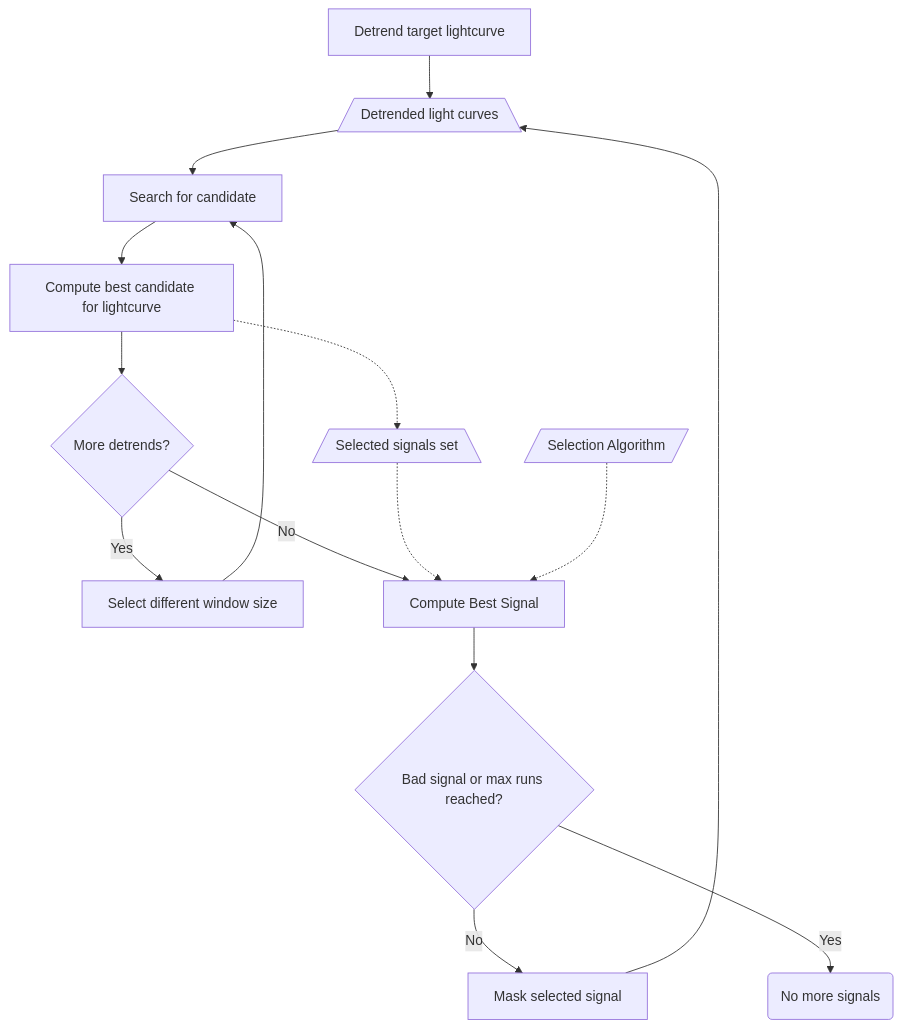
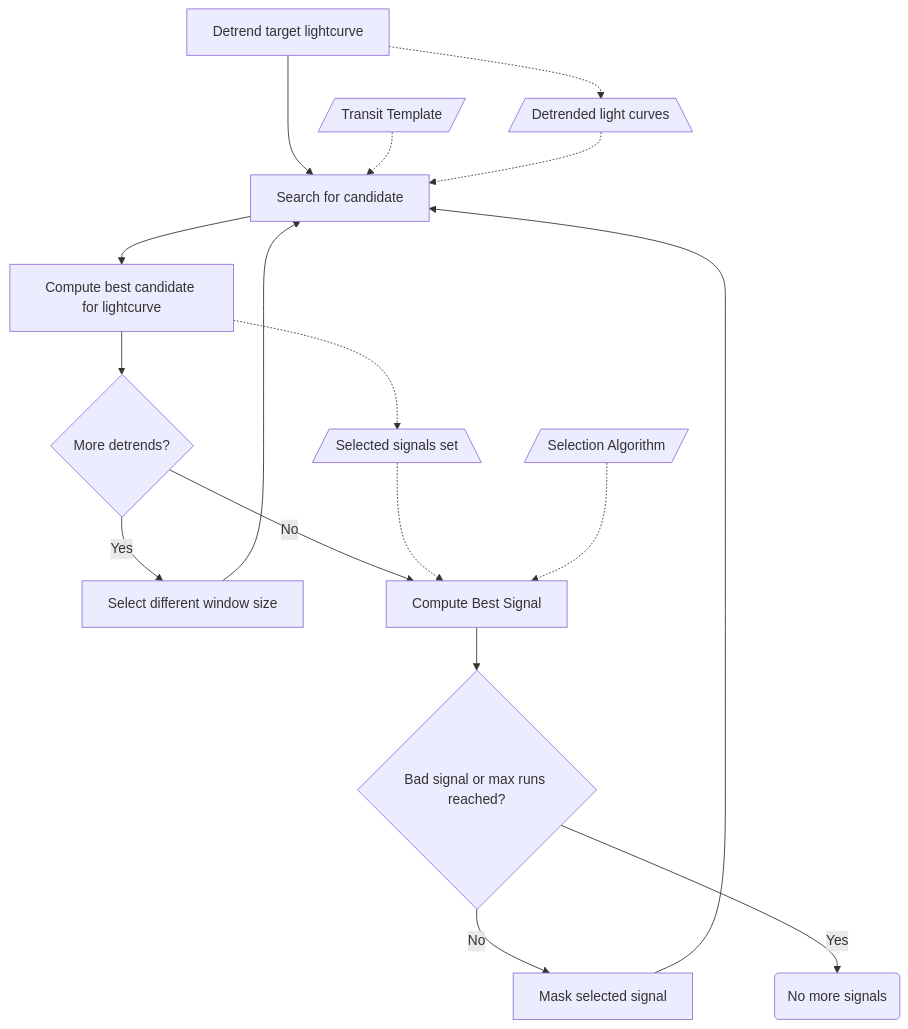
One commit to franpoz/SHERLOCK changed the second of 2 diagrams in docs/source/search-proc.rst. Above: the diagram before and after it, drawn with Mermaid. The commit also changed other lines of this file and 5 other files, not shown here.

```diff
--- a/docs/source/search-proc.rst
+++ b/docs/source/search-proc.rst
@@ -85,17 +102,19 @@
    .. mermaid::
 
       flowchart TB
-          A[Detrend target lightcurve] --> B[/Detrended light curves\]
-          B --> C[Search for candidate]
+          A[Detrend target lightcurve] -.-> B[/Detrended light curves\]
+          A --> C[Search for candidate]
+          ModelTemplate[/Transit Template/] -.-> C
+          B -.-> C
           C --> D[Compute best candidate for lightcurve]
           D --> F{More detrends?}
           F -- Yes --> G[Select different window size]
           G --> C
           F -- No --> Compute[Compute Best Signal]
           D -.-> Signals[/Selected signals set\]
           Signals[/Selected signals set\] -.-> Compute
           SelectionAlgorithm[/Selection Algorithm/] -.-> Compute
           Compute --> Good{Bad signal or max runs reached?}
           Good -- No --> Mask[Mask selected signal]
-          Mask --> B
+          Mask --> C
           Good -- Yes --> End(No more signals)
```
